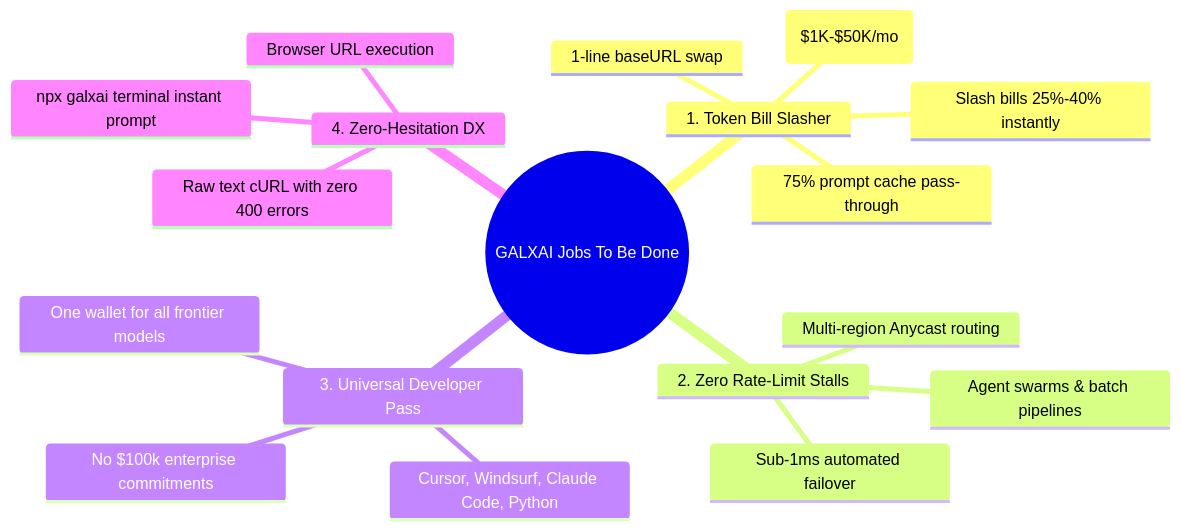
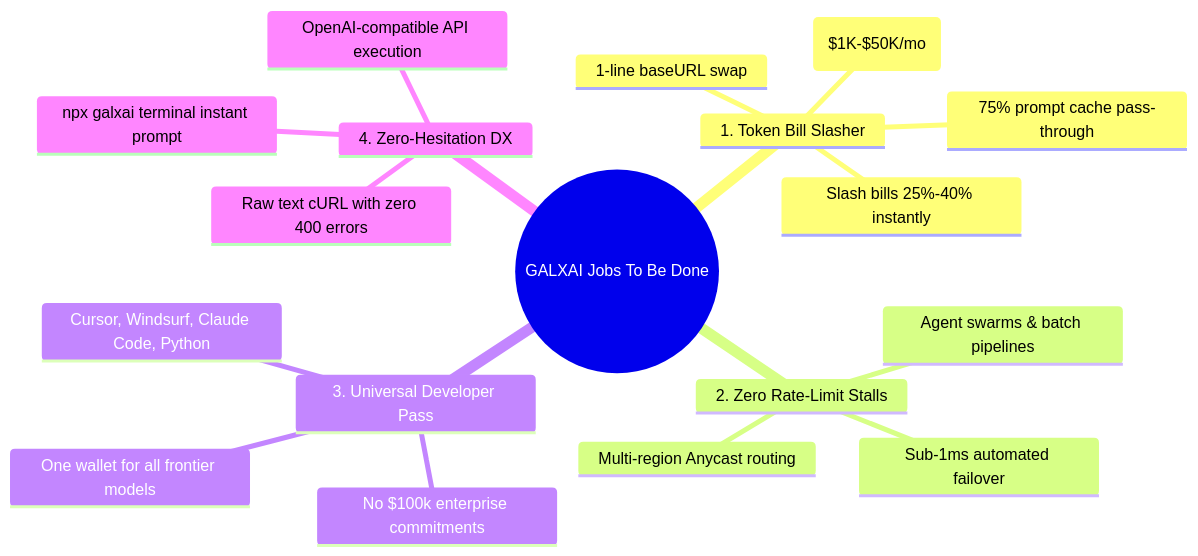
The first of 2 diagrams in docs/GTM_STRATEGY.md (CardSorting/GALXAI), drawn with Mermaid before and after one commit. The commit also changed other lines of this file and 156 other files, not shown here.

````diff
--- a/docs/GTM_STRATEGY.md
+++ b/docs/GTM_STRATEGY.md
@@ -17,21 +17,21 @@
 ```mermaid
 mindmap
   root((GALXAI Jobs To Be Done))
     1. Token Bill Slasher
       High monthly token burn ($1K-$50K/mo)
       Slash bills 25%-40% instantly
       75% prompt cache pass-through
       1-line baseURL swap
     2. Zero Rate-Limit Stalls
       Agent swarms & batch pipelines
       Sub-1ms automated failover
       Multi-region Anycast routing
     3. Universal Developer Pass
       Cursor, Windsurf, Claude Code, Python
       One wallet for all frontier models
       No $100k enterprise commitments
     4. Zero-Hesitation DX
       npx galxai terminal instant prompt
-      Browser URL execution
+      OpenAI-compatible API execution
       Raw text cURL with zero 400 errors
 ```
````
